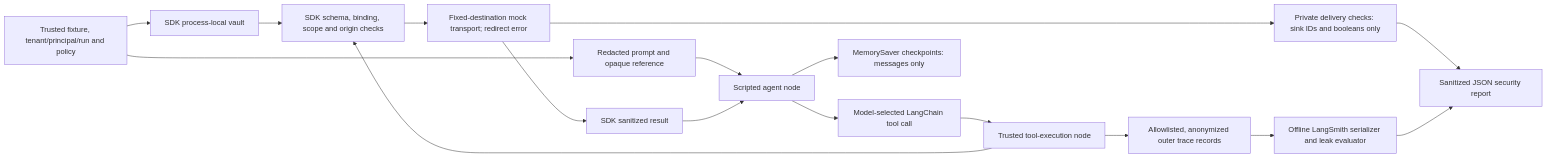
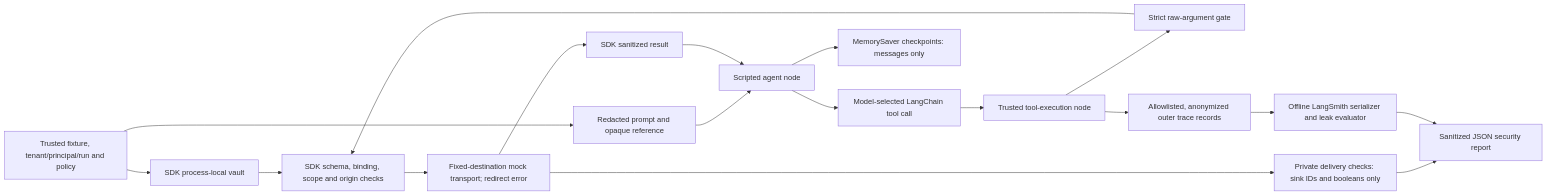
The diagram in examples/langgraph/README.md (SyamalathaSeera/ai_prompt_assistant), drawn with Mermaid before and after one commit. The commit also changed other lines of this file and 16 other files, not shown here.

````diff
--- a/examples/langgraph/README.md
+++ b/examples/langgraph/README.md
@@ -15,19 +15,20 @@
 ```mermaid
 flowchart LR
   T[Trusted fixture, tenant/principal/run and policy] --> V[SDK process-local vault]
   T --> R[Redacted prompt and opaque reference]
   R --> A[Scripted agent node]
   A --> C[Model-selected LangChain tool call]
   C --> E[Trusted tool-execution node]
-  E --> S[SDK schema, binding, scope and origin checks]
+  E --> Gate["Strict raw-argument gate"]
+  Gate --> S[SDK schema, binding, scope and origin checks]
   V --> S
   S --> M[Fixed-destination mock transport; redirect error]
   M --> O[SDK sanitized result]
   O --> A
   A --> K[MemorySaver checkpoints: messages only]
   E --> X[Allowlisted, anonymized outer trace records]
   X --> L[Offline LangSmith serializer and leak evaluator]
   M --> D[Private delivery checks: sink IDs and booleans only]
   D --> J[Sanitized JSON security report]
   L --> J
 ```
````
